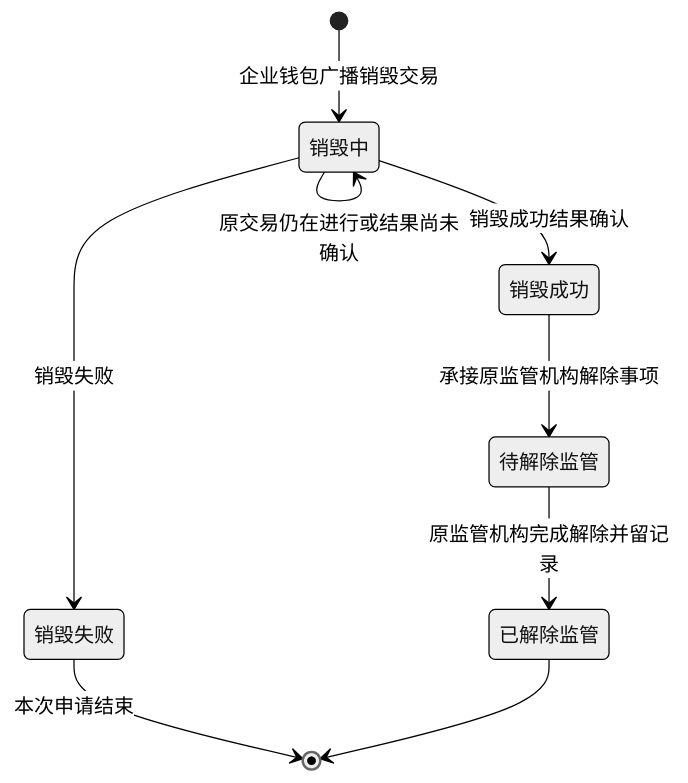
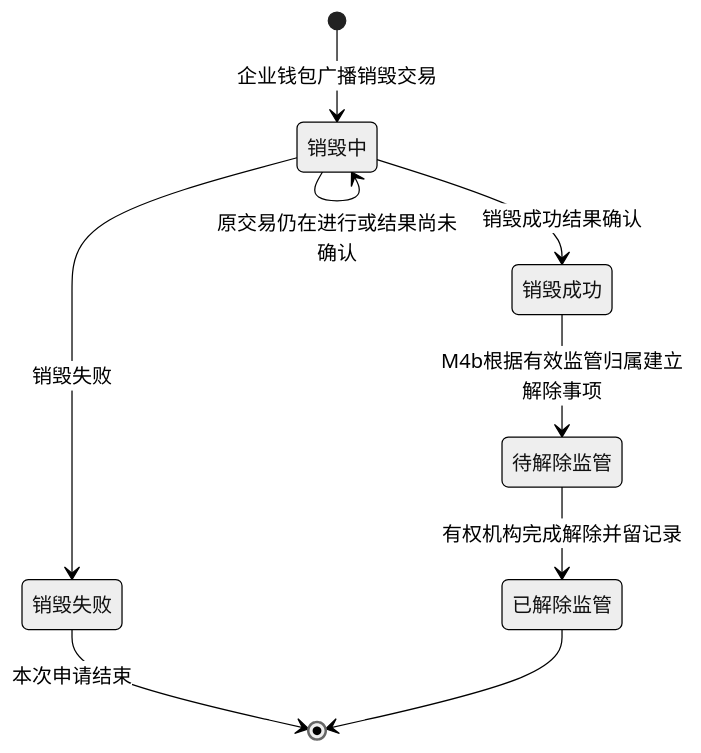
Before and after one commit to wxblockchain/Chain-Financing: the third of 4 diagrams in token-issuance-platform/PRD/面客端/M4a-我的代币与销毁申请/02-我的代币与销毁申请-流程图与状态机.md, drawn with Mermaid (neutral theme). The commit also changed other lines of this file and 2 other files, not shown here.

````diff
--- a/token-issuance-platform/PRD/面客端/M4a-我的代币与销毁申请/02-我的代币与销毁申请-流程图与状态机.md
+++ b/token-issuance-platform/PRD/面客端/M4a-我的代币与销毁申请/02-我的代币与销毁申请-流程图与状态机.md
@@ -75,16 +75,16 @@
 ```mermaid
 stateDiagram-v2
     state "销毁中" as Burning
     state "销毁失败" as Failed
     state "销毁成功" as Burned
     state "待解除监管" as ReleasePending
     state "已解除监管" as Released
     [*] --> Burning: 企业钱包广播销毁交易
     Burning --> Burning: 原交易仍在进行或结果尚未确认
     Burning --> Failed: 销毁失败
     Burning --> Burned: 销毁成功结果确认
-    Burned --> ReleasePending: 承接原监管机构解除事项
-    ReleasePending --> Released: 原监管机构完成解除并留记录
+    Burned --> ReleasePending: M4b根据有效监管归属建立解除事项
+    ReleasePending --> Released: 有权机构完成解除并留记录
     Failed --> [*]: 本次申请结束
     Released --> [*]
 ```
````
